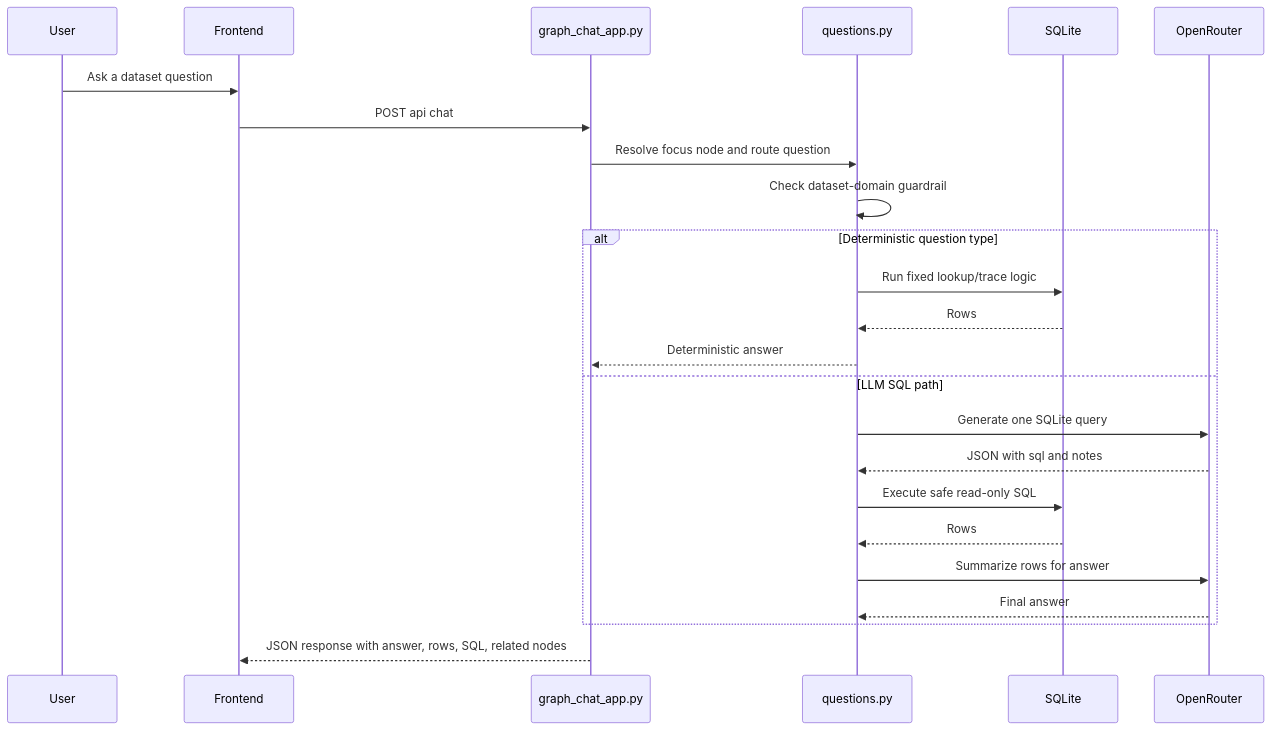
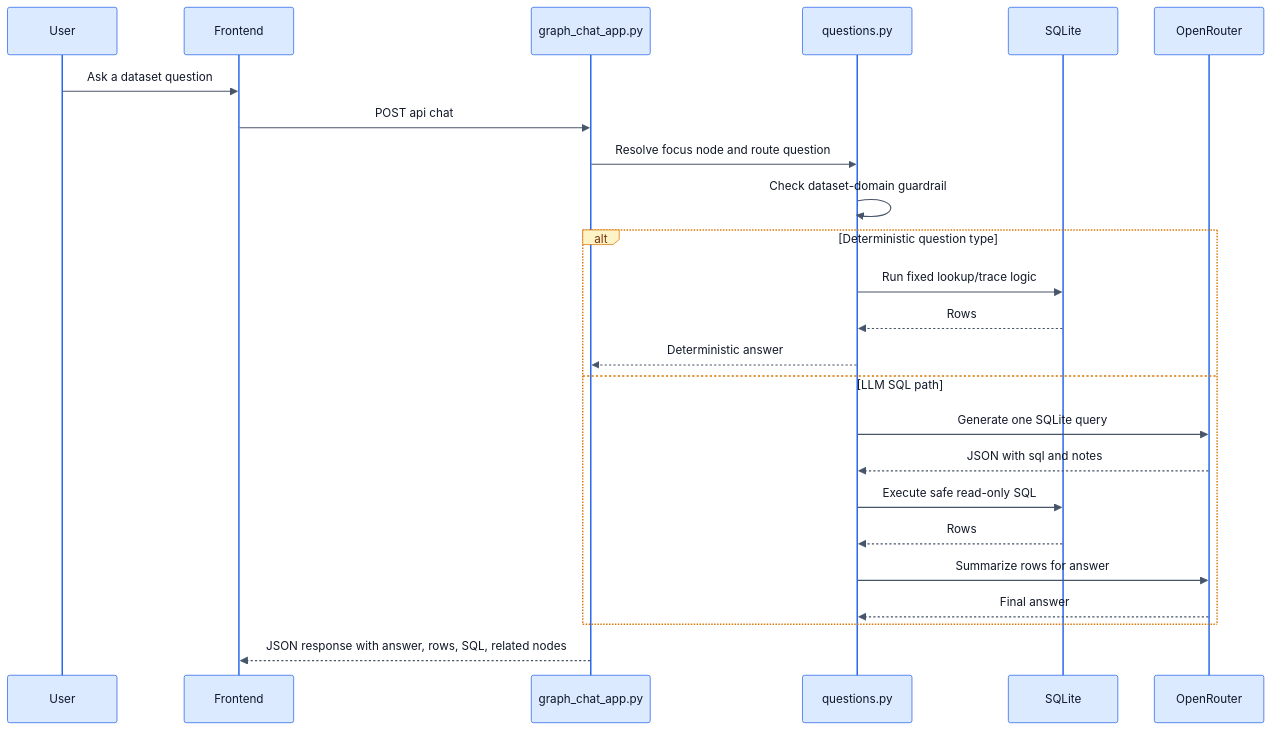
Before and after one commit to vandanamv/DodgeChat: the third of 4 diagrams in README.md, drawn with Mermaid. The commit also changed other lines of this file, not shown here.

````diff
--- a/README.md
+++ b/README.md
@@ -113,27 +133,28 @@
 ```mermaid
+%%{init: {'theme': 'base', 'themeVariables': { 'actorBkg': '#dbeafe', 'actorBorder': '#2563eb', 'actorTextColor': '#0f172a', 'signalColor': '#475569', 'signalTextColor': '#111827', 'labelBoxBkgColor': '#fef3c7', 'labelBoxBorderColor': '#d97706', 'labelTextColor': '#78350f', 'loopTextColor': '#111827', 'noteBkgColor': '#f3e8ff', 'noteBorderColor': '#9333ea', 'noteTextColor': '#581c87', 'activationBorderColor': '#2563eb', 'activationBkgColor': '#e0f2fe' }}}%%
 sequenceDiagram
     participant U as User
     participant FE as Frontend
     participant API as graph_chat_app.py
     participant QR as questions.py
     participant DB as SQLite
     participant LLM as OpenRouter
 
     U->>FE: Ask a dataset question
     FE->>API: POST api chat
     API->>QR: Resolve focus node and route question
     QR->>QR: Check dataset-domain guardrail
     alt Deterministic question type
         QR->>DB: Run fixed lookup/trace logic
         DB-->>QR: Rows
         QR-->>API: Deterministic answer
     else LLM SQL path
         QR->>LLM: Generate one SQLite query
         LLM-->>QR: JSON with sql and notes
         QR->>DB: Execute safe read-only SQL
         DB-->>QR: Rows
         QR->>LLM: Summarize rows for answer
         LLM-->>QR: Final answer
     end
     API-->>FE: JSON response with answer, rows, SQL, related nodes
 ```
````
